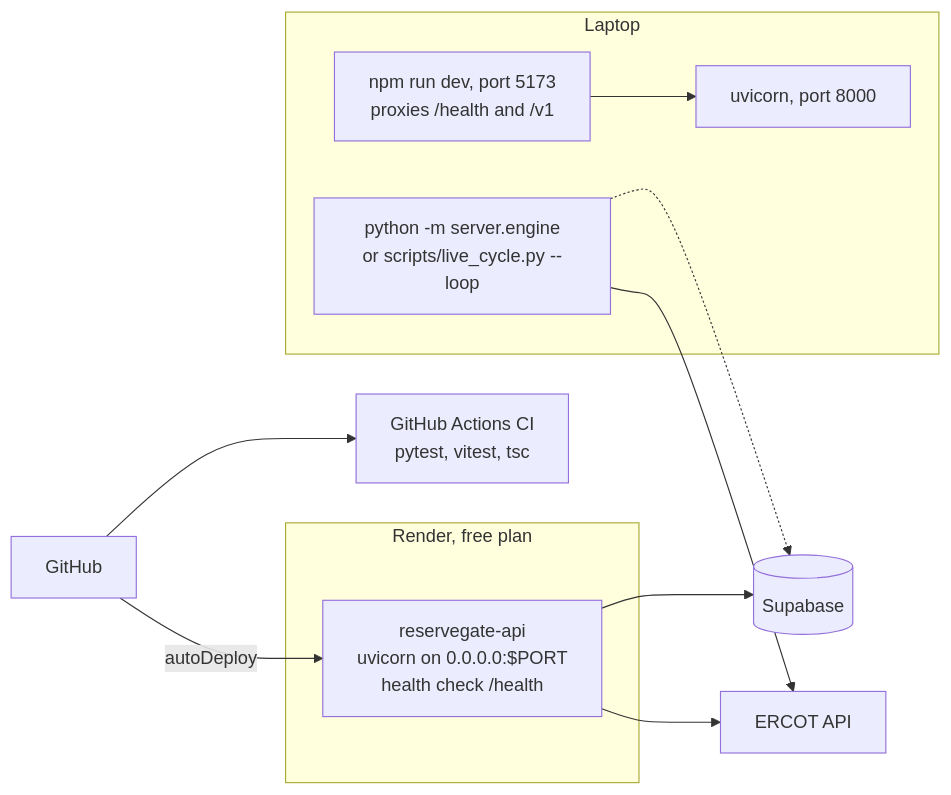
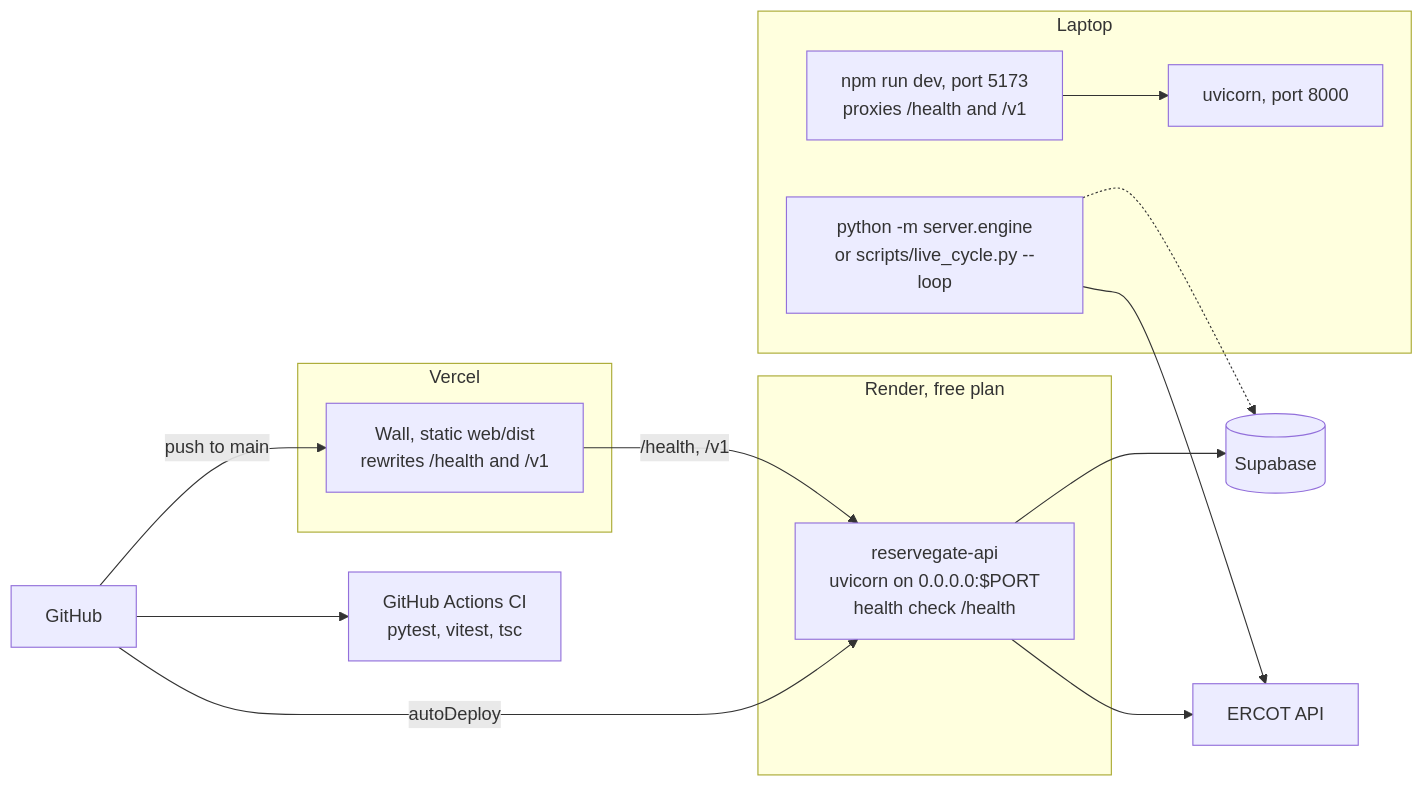
Before and after one commit to yeruvamaheswar/storm-prep-signal: the third of 3 diagrams in docs/agents/system-design.md, drawn with Mermaid. The commit also changed other lines of this file and 5 other files, not shown here.

Commit message:
Deploy the wall to Vercel with rewrites to the Render API

````diff
--- a/docs/agents/system-design.md
+++ b/docs/agents/system-design.md
@@ -243,23 +243,28 @@
 ```mermaid
 flowchart LR
   subgraph laptop["Laptop"]
     ENG["python -m server.engine<br/>or scripts/live_cycle.py --loop"]
     DEVAPI["uvicorn, port 8000"]
     DEVWEB["npm run dev, port 5173<br/>proxies /health and /v1"]
     DEVWEB --> DEVAPI
   end
   subgraph render["Render, free plan"]
     RAPI["reservegate-api<br/>uvicorn on 0.0.0.0:$PORT<br/>health check /health"]
   end
+  subgraph vercel["Vercel"]
+    VWALL["Wall, static web/dist<br/>rewrites /health and /v1"]
+  end
   SB[("Supabase")]
   ERCOT["ERCOT API"]
   GH["GitHub"]
   CI["GitHub Actions CI<br/>pytest, vitest, tsc"]
 
   ENG -.-> SB
   ENG --> ERCOT
   RAPI --> SB
   RAPI --> ERCOT
+  VWALL -->|"/health, /v1"| RAPI
   GH --> CI
   GH -->|"autoDeploy"| RAPI
+  GH -->|"push to main"| VWALL
 ```
````
